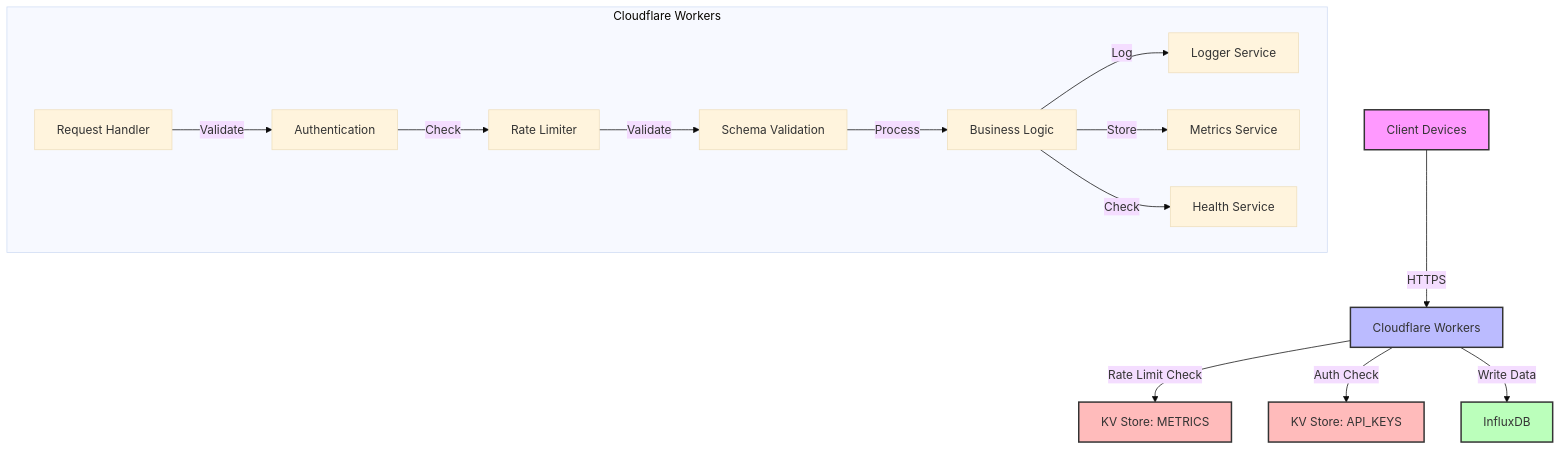
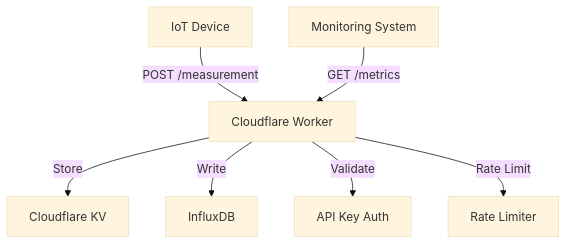
Before and after one commit to veilands/cf-learn: the first of 5 diagrams in docs/architecture.md, drawn with Mermaid (base theme). The commit also changed other lines of this file and 4 other files, not shown here.

````diff
--- a/docs/architecture.md
+++ b/docs/architecture.md
@@ -5,23 +5,9 @@
 ```mermaid
 graph TD
-    Client[Client Devices] -->|HTTPS| CF[Cloudflare Workers]
-    CF -->|Rate Limit Check| KV1[KV Store: METRICS]
-    CF -->|Auth Check| KV2[KV Store: API_KEYS]
-    CF -->|Write Data| IDB[InfluxDB]
-    
-    subgraph Cloudflare Workers
-        Handler[Request Handler] -->|Validate| Auth[Authentication]
-        Auth -->|Check| RateLimit[Rate Limiter]
-        RateLimit -->|Validate| Schema[Schema Validation]
-        Schema -->|Process| Logic[Business Logic]
-        Logic -->|Log| Logger[Logger Service]
-        Logic -->|Store| MetricsService[Metrics Service]
-        Logic -->|Check| Health[Health Service]
-    end
-
-    style Client fill:#f9f,stroke:#333,stroke-width:2px
-    style CF fill:#bbf,stroke:#333,stroke-width:2px
-    style IDB fill:#bfb,stroke:#333,stroke-width:2px
-    style KV1 fill:#fbb,stroke:#333,stroke-width:2px
-    style KV2 fill:#fbb,stroke:#333,stroke-width:2px
+    Device[IoT Device] -->|POST /measurement| Worker[Cloudflare Worker]
+    Monitor[Monitoring System] -->|GET /metrics| Worker
+    Worker -->|Store| KV[Cloudflare KV]
+    Worker -->|Write| InfluxDB[InfluxDB]
+    Worker -->|Validate| Auth[API Key Auth]
+    Worker -->|Rate Limit| RateLimit[Rate Limiter]
 ```
````
